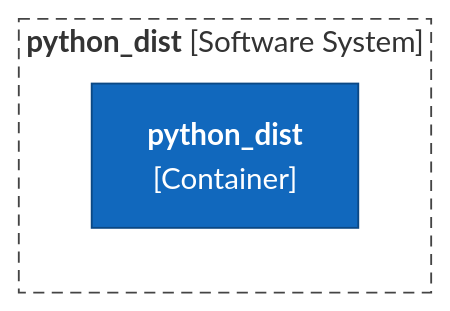
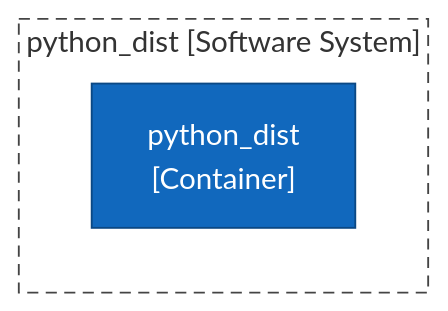
Before and after one commit to ythalorossy/architecture-skills: the first of 3 diagrams in tests/golden/python_dist/output/ArchitectureReport.md, drawn with Mermaid. The commit also changed other lines of this file and 51 other files, not shown here.

First line of the commit message:
fix(render): plain diagram labels keep the characters in code names

````diff
--- a/tests/golden/python_dist/output/ArchitectureReport.md
+++ b/tests/golden/python_dist/output/ArchitectureReport.md
@@ -27,15 +27,14 @@
 ```mermaid
 flowchart TB
-    subgraph boundary["`**python_dist** [Software System]`"]
-        python_dist["`**python_dist**
-[Container]`"]
+    subgraph boundary["python_dist [Software System]"]
+        python_dist["python_dist<br/>[Container]"]
     end
     classDef person fill:#08427b,stroke:#052e56,color:#ffffff
     classDef container fill:#1168bd,stroke:#0b4884,color:#ffffff
     classDef system fill:#1168bd,stroke:#0b4884,color:#ffffff
     classDef component fill:#85bbf0,stroke:#5d82a8,color:#000000
     classDef external fill:#999999,stroke:#6b6b6b,color:#ffffff
     classDef shared fill:#dbe9f6,stroke:#5d82a8,color:#000000,stroke-dasharray:4 3
     class python_dist container
     style boundary fill:none,stroke:#444444,stroke-dasharray:6 4
 ```
````
